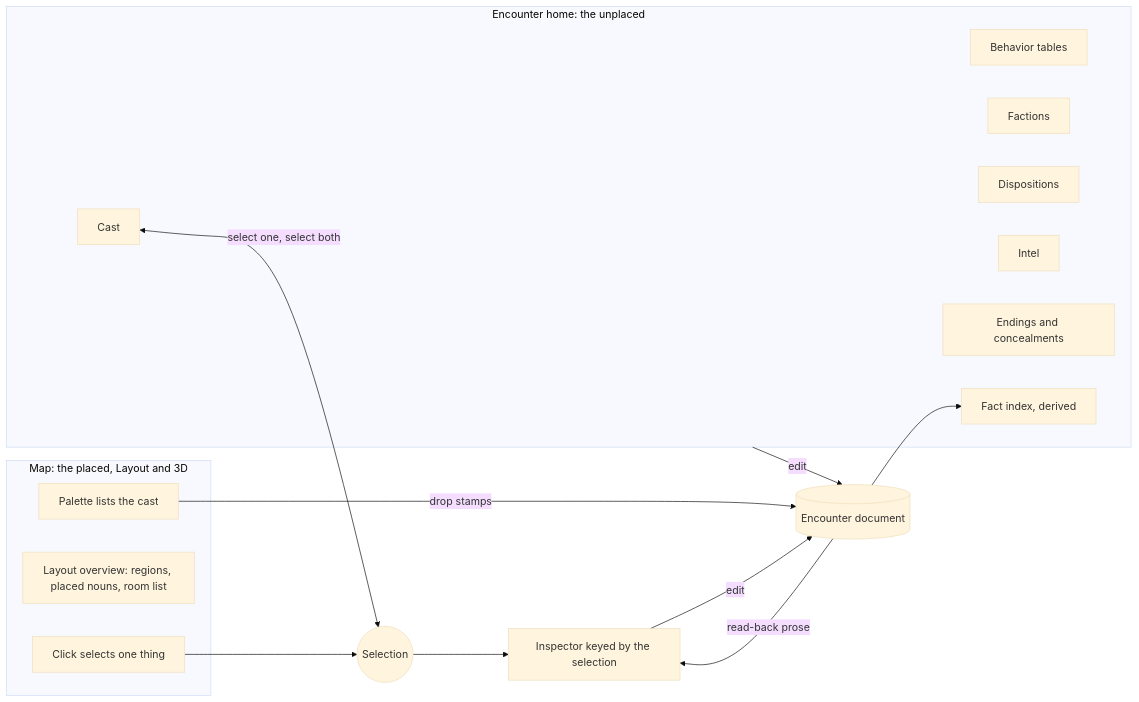
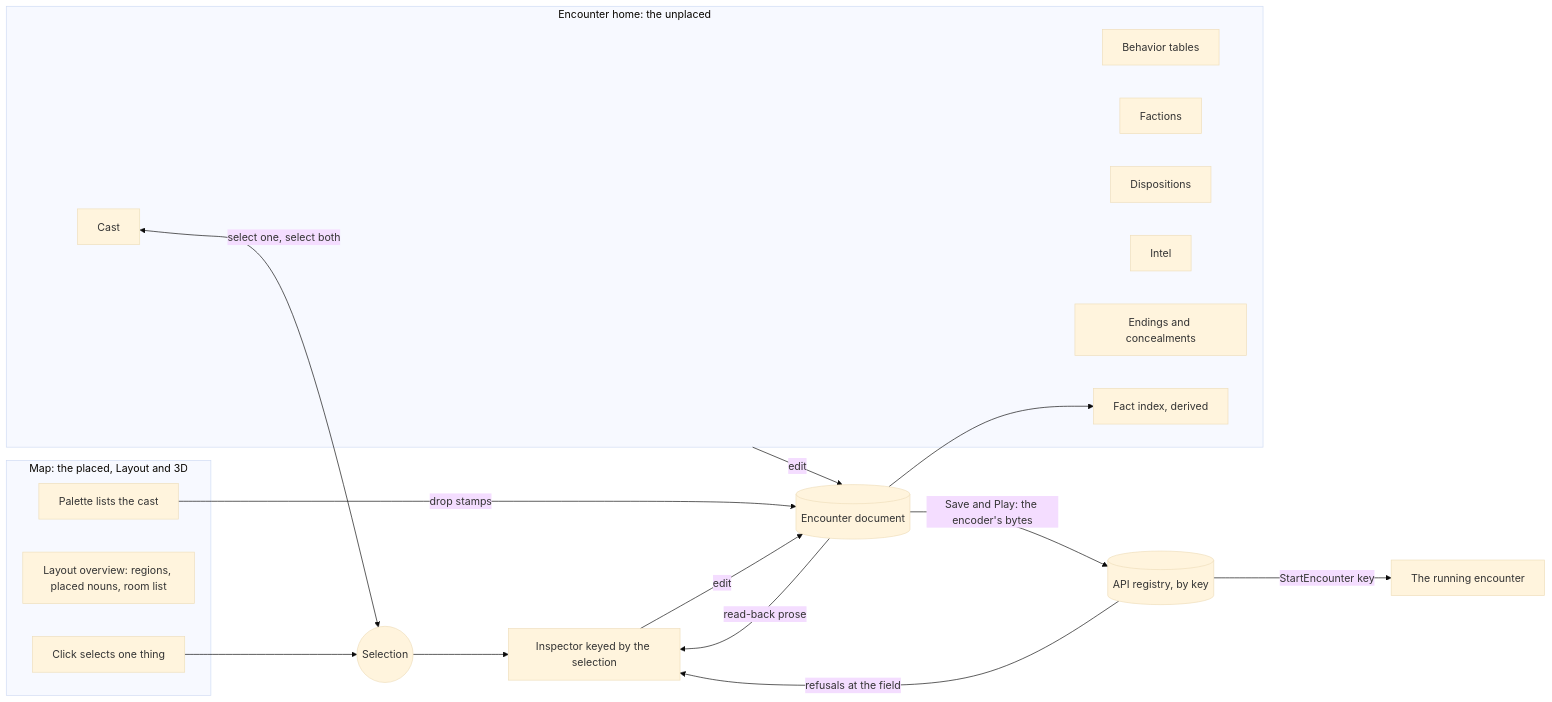
The first of 2 diagrams in ideas/encounter-studio/design.md (KirkDiggler/rpg-project), drawn with Mermaid (base theme) before and after one commit. The commit also changed other lines of this file and 1 other file, not shown here.

First line of the commit message:
design: encounter studio — Save and Play (R15–R19) (#583)

````diff
--- a/ideas/encounter-studio/design.md
+++ b/ideas/encounter-studio/design.md
@@ -16,29 +16,32 @@
 ```mermaid
 flowchart LR
     subgraph Home[Encounter home: the unplaced]
         Cast[Cast]
         Tables[Behavior tables]
         Factions[Factions]
         Disp[Dispositions]
         Intel[Intel]
         Endings[Endings and concealments]
         Facts[Fact index, derived]
     end
     subgraph Map[Map: the placed, Layout and 3D]
         Palette[Palette lists the cast]
         Overview[Layout overview: regions, placed nouns, room list]
         Pick[Click selects one thing]
     end
     Sel((Selection))
     Insp[Inspector keyed by the selection]
     Doc[(Encounter document)]
 
     Cast <-->|select one, select both| Sel
     Pick --> Sel
     Sel --> Insp
     Palette -->|drop stamps| Doc
     Insp -->|edit| Doc
     Home -->|edit| Doc
     Doc -->|read-back prose| Insp
     Doc --> Facts
+    Doc -->|Save and Play: the encoder's bytes| Reg[(API registry, by key)]
+    Reg -->|refusals at the field| Insp
+    Reg -->|StartEncounter key| Play[The running encounter]
 ```
````
